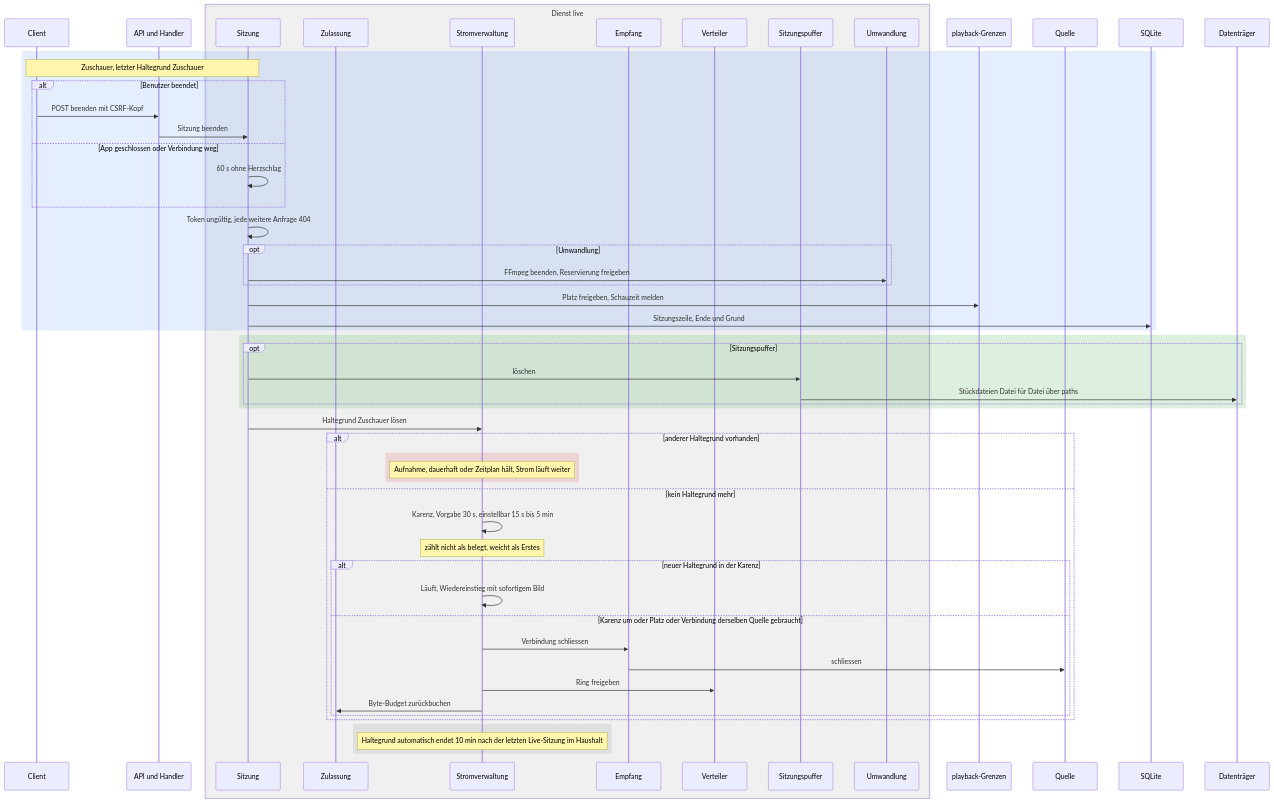
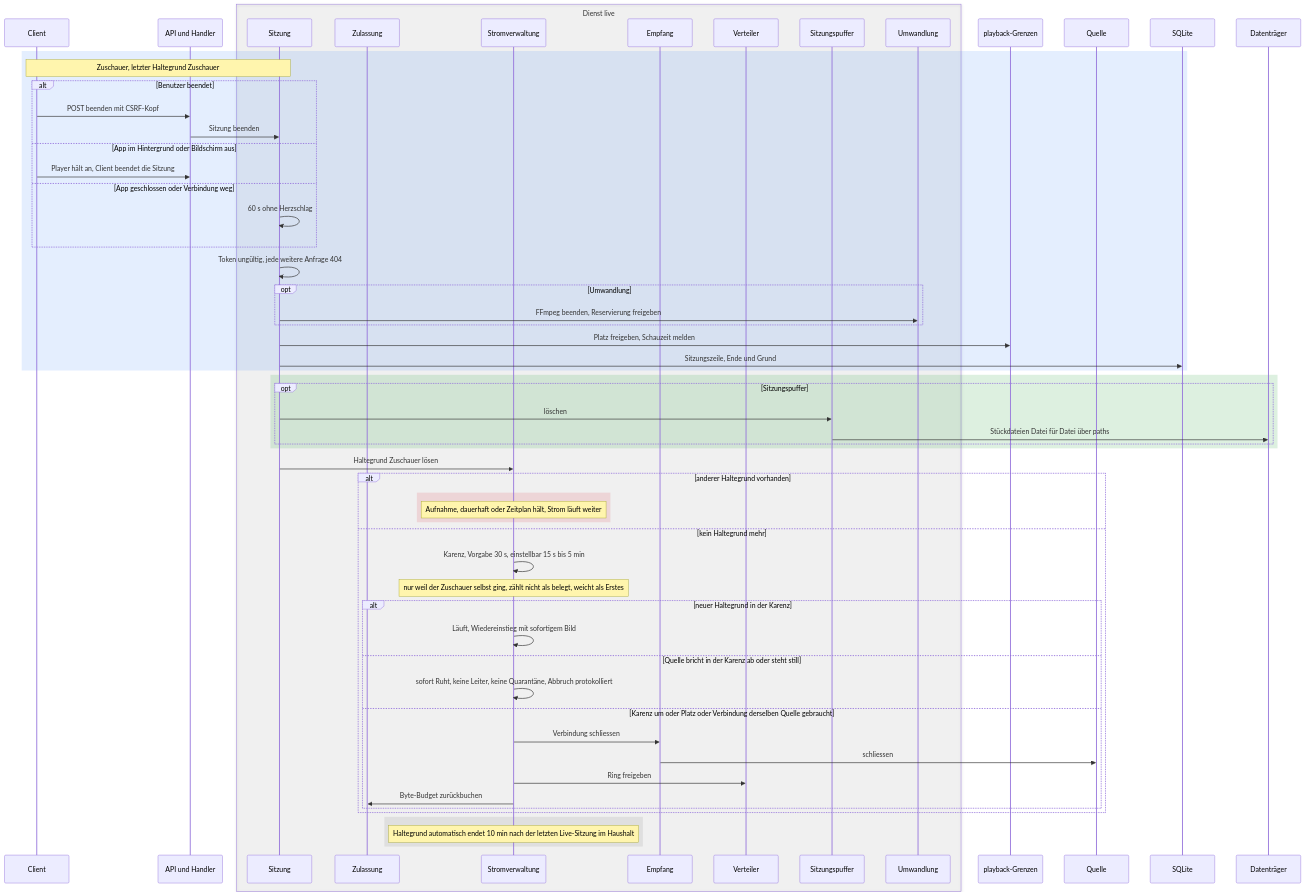
Diagram 12 of 22 in docs/planning/28-live-tv/06-ablaeufe.md (SlouchCat/slouchcat), drawn with Mermaid before and after one commit. The commit also changed other lines of this file, not shown here.

Commit message:
docs(planning): concept 28 live TV, flows after consolidation 1

````diff
--- a/docs/planning/28-live-tv/06-ablaeufe.md
+++ b/docs/planning/28-live-tv/06-ablaeufe.md
@@ -879,60 +921,64 @@
 ```mermaid
 sequenceDiagram
   participant CL as Client
   participant API as API und Handler
   box rgba(128,128,128,0.08) Dienst live
     participant SES as Sitzung
     participant ZUL as Zulassung
     participant STR as Stromverwaltung
     participant EMP as Empfang
     participant VT as Verteiler
     participant SP as Sitzungspuffer
     participant UW as Umwandlung
   end
   participant PB as playback-Grenzen
   participant Q as Quelle
   participant DB as SQLite
   participant DSK as Datenträger
 
   rect rgba(66,135,245,0.14)
     Note over CL,SES: Zuschauer, letzter Haltegrund Zuschauer
     alt Benutzer beendet
       CL->>API: POST beenden mit CSRF-Kopf
       API->>SES: Sitzung beenden
+    else App im Hintergrund oder Bildschirm aus
+      CL->>API: Player hält an, Client beendet die Sitzung
     else App geschlossen oder Verbindung weg
       SES->>SES: 60 s ohne Herzschlag
     end
     SES->>SES: Token ungültig, jede weitere Anfrage 404
     opt Umwandlung
       SES->>UW: FFmpeg beenden, Reservierung freigeben
     end
     SES->>PB: Platz freigeben, Schauzeit melden
     SES->>DB: Sitzungszeile, Ende und Grund
   end
   rect rgba(46,160,67,0.16)
     opt Sitzungspuffer
       SES->>SP: löschen
       SP->>DSK: Stückdateien Datei für Datei über paths
     end
   end
   SES->>STR: Haltegrund Zuschauer lösen
   alt anderer Haltegrund vorhanden
     rect rgba(220,53,69,0.14)
       Note over STR: Aufnahme, dauerhaft oder Zeitplan hält, Strom läuft weiter
     end
   else kein Haltegrund mehr
     STR->>STR: Karenz, Vorgabe 30 s, einstellbar 15 s bis 5 min
-    Note over STR: zählt nicht als belegt, weicht als Erstes
+    Note over STR: nur weil der Zuschauer selbst ging, zählt nicht als belegt, weicht als Erstes
     alt neuer Haltegrund in der Karenz
       STR->>STR: Läuft, Wiedereinstieg mit sofortigem Bild
+    else Quelle bricht in der Karenz ab oder steht still
+      STR->>STR: sofort Ruht, keine Leiter, keine Quarantäne, Abbruch protokolliert
     else Karenz um oder Platz oder Verbindung derselben Quelle gebraucht
       STR->>EMP: Verbindung schliessen
       EMP->>Q: schliessen
       STR->>VT: Ring freigeben
       STR->>ZUL: Byte-Budget zurückbuchen
     end
   end
   rect rgba(128,128,128,0.16)
     Note over STR: Haltegrund automatisch endet 10 min nach der letzten Live-Sitzung im Haushalt
   end
 ```
````
